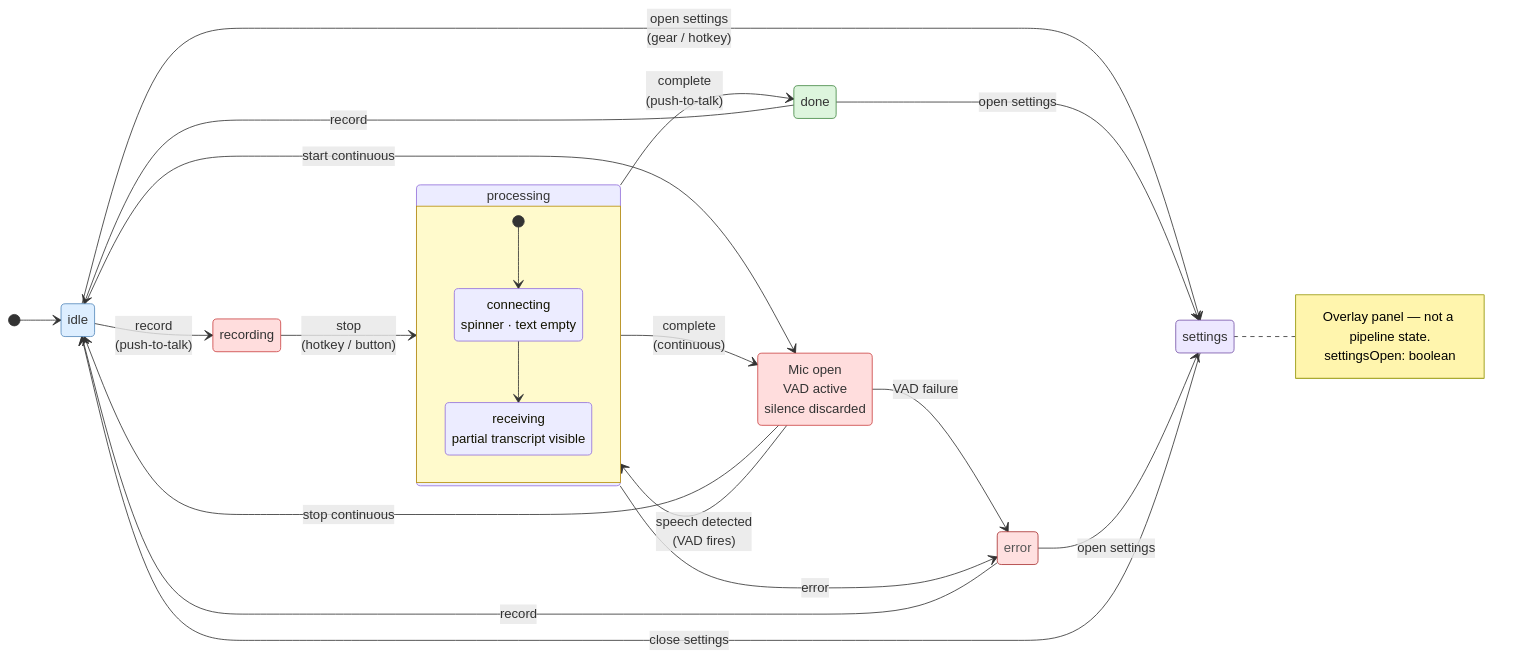
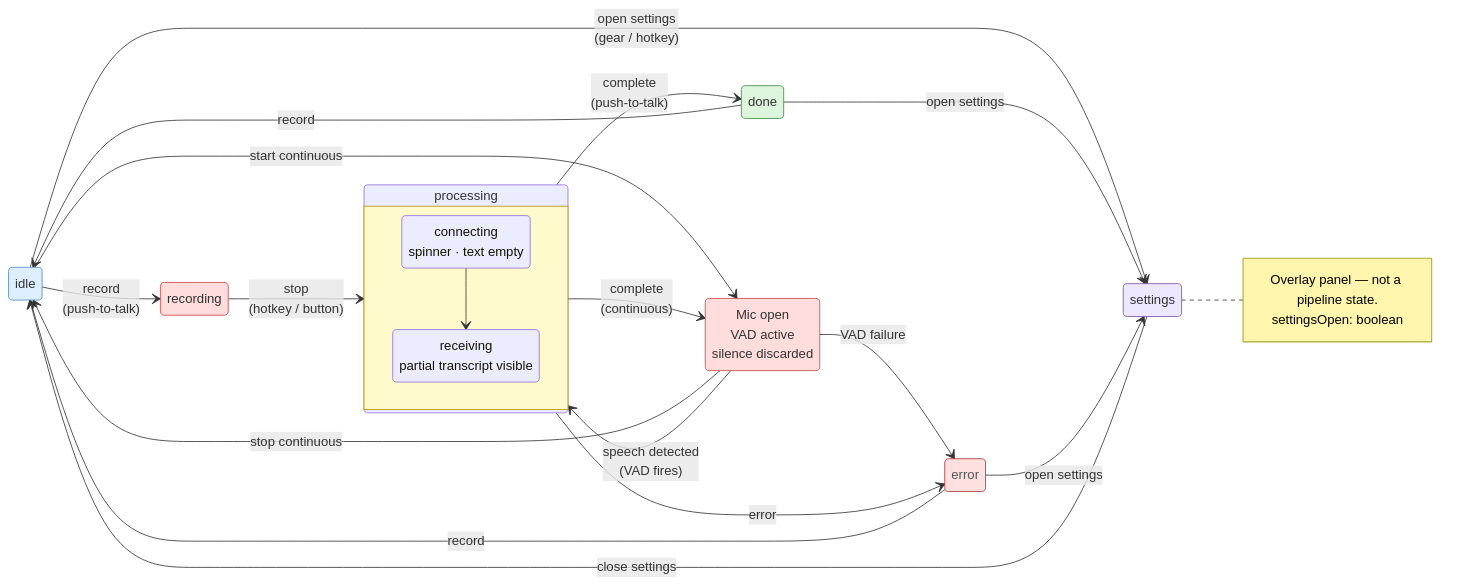
The diagram in docs/diagrams/state-machine.mmd (JohnYanez95/voice-scribe), drawn with Mermaid before and after one commit. The commit also changed 1 other file, not shown here.

Commit message:
Remove initial state dots from state machine diagram
[*] --> idle and [*] --> connecting removed. idle and connecting are
self-evident entry points by position — the dots add no information.

```diff
--- a/docs/diagrams/state-machine.mmd
+++ b/docs/diagrams/state-machine.mmd
@@ -1,54 +1,51 @@
 stateDiagram-v2
     direction LR
 
     classDef idleClass    fill:#ddeeff,stroke:#5588bb,color:#333
     classDef activeClass  fill:#ffdddd,stroke:#cc4444,color:#333
     classDef inflightClass fill:#fffacc,stroke:#b8900a,color:#333
     classDef successClass fill:#ddf5dd,stroke:#448844,color:#333
     classDef failureClass fill:#ffe0e0,stroke:#aa3333,color:#555
     classDef uiClass      fill:#ede8ff,stroke:#7755aa,color:#333
-
-    [*] --> idle
 
     idle --> recording : record<br/>(push-to-talk)
     idle --> listening : start continuous
 
     recording --> processing : stop<br/>(hotkey / button)
 
     listening : Mic open<br/>VAD active<br/>silence discarded
     listening --> processing : speech detected<br/>(VAD fires)
     listening --> idle : stop continuous
     listening --> error : VAD failure
 
     state processing {
         direction TB
-        [*] --> connecting
         connecting : connecting<br/>spinner · text empty
         receiving : receiving<br/>partial transcript visible
         connecting --> receiving
     }
 
     processing --> done : complete<br/>(push-to-talk)
     processing --> listening : complete<br/>(continuous)
     processing --> error : error
 
     done --> idle : record
     error --> idle : record
 
     idle --> settings : open settings<br/>(gear / hotkey)
     done --> settings : open settings
     error --> settings : open settings
     settings --> idle : close settings
 
     note right of settings
         Overlay panel — not a pipeline state.
         settingsOpen: boolean
     end note
 
     class idle idleClass
     class recording activeClass
     class listening activeClass
     class processing inflightClass
     class done successClass
     class error failureClass
     class settings uiClass
```
